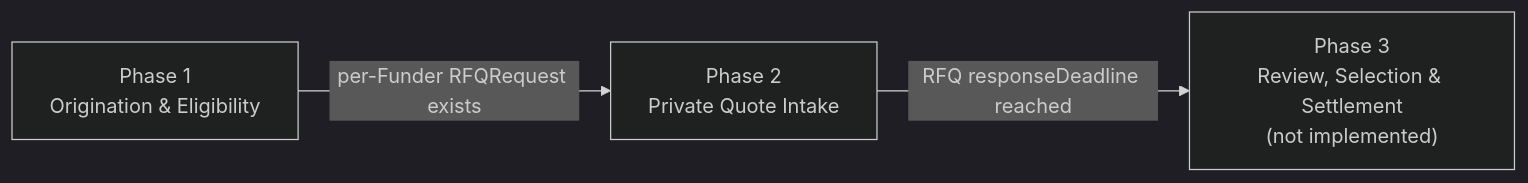
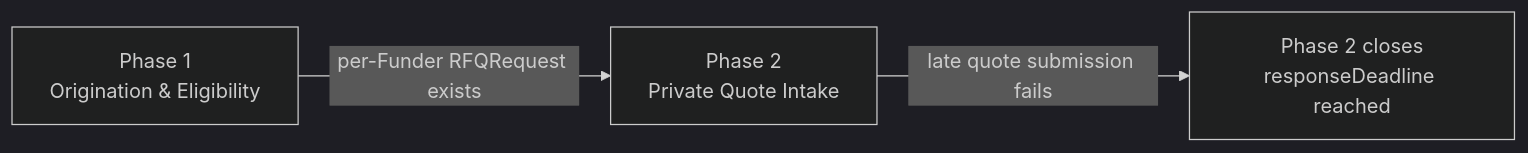
One commit to no-witness-labs/canton-hackathon-cloakRFQ changed the first of 8 diagrams in docs/technical-design/004-workflow-diagrams.md. Above: the diagram before and after it, drawn with Mermaid (dark theme). The commit also changed other lines of this file, not shown here.

Commit message:
docs: clarify phase 2 workflow diagrams

````diff
--- a/docs/technical-design/004-workflow-diagrams.md
+++ b/docs/technical-design/004-workflow-diagrams.md
@@ -11,9 +11,9 @@
 ```mermaid
 flowchart LR
     P1["Phase 1<br/>Origination & Eligibility"]
     P2["Phase 2<br/>Private Quote Intake"]
-    P3["Phase 3<br/>Review, Selection & Settlement<br/>(not implemented)"]
+    End["Phase 2 closes<br/>responseDeadline reached"]
 
     P1 -->|"per-Funder RFQRequest exists"| P2
-    P2 -->|"RFQ responseDeadline reached"| P3
+    P2 -->|"late quote submission fails"| End
 ```
````
